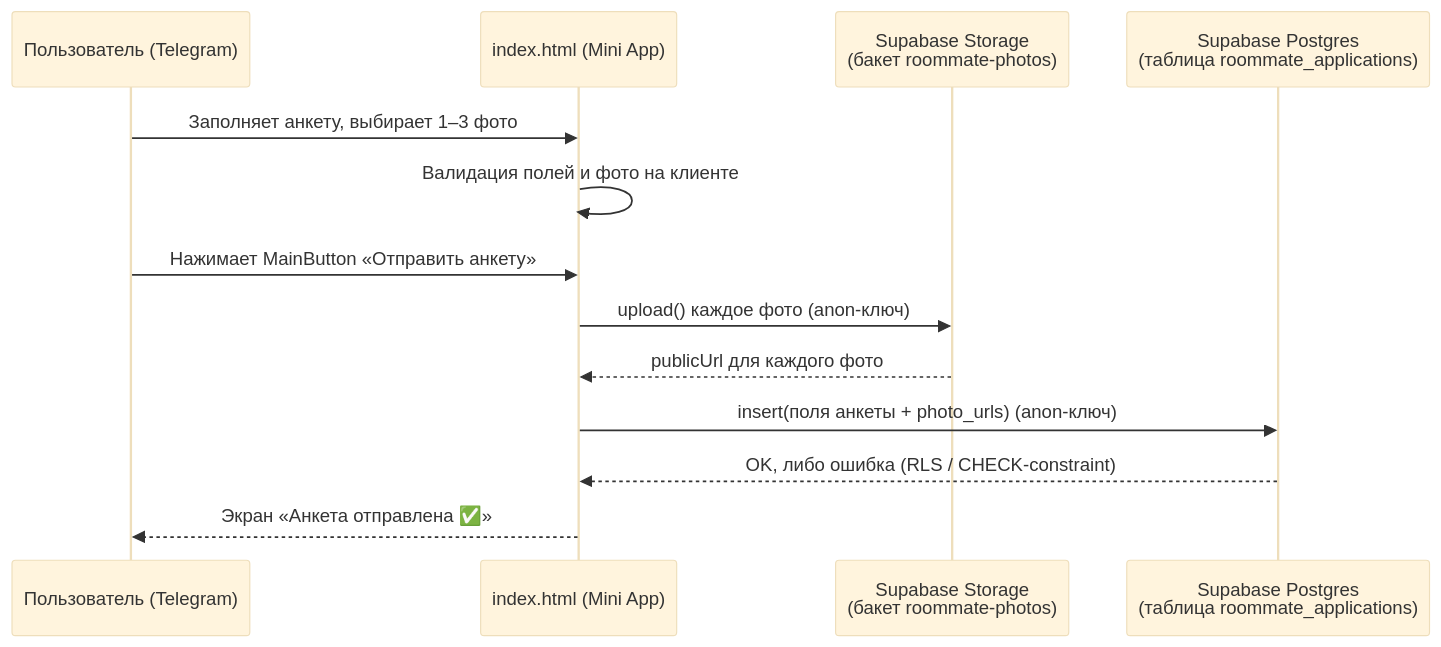
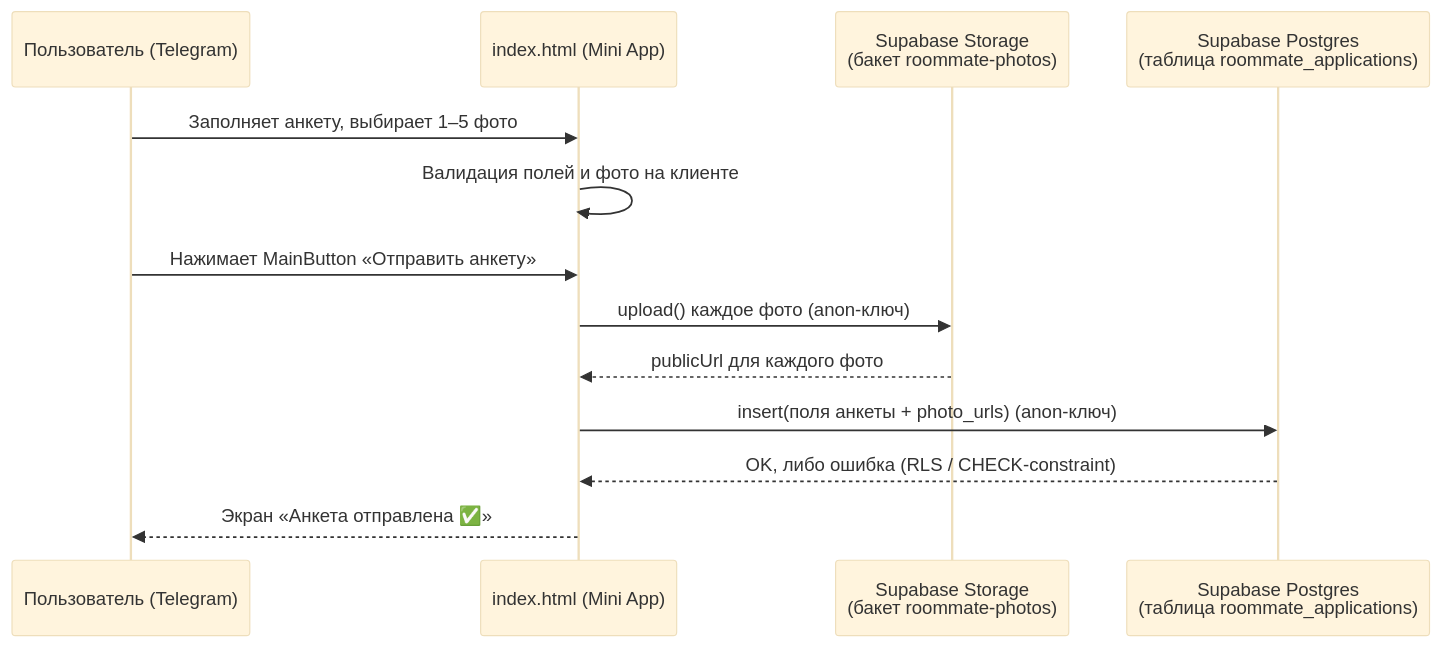
Before and after one commit to MrFl0x/TelApp: the first of 3 diagrams in README.md, drawn with Mermaid (base theme). The commit also changed other lines of this file and 5 other files, not shown here.

````diff
--- a/README.md
+++ b/README.md
@@ -19,16 +19,16 @@
 ```mermaid
 sequenceDiagram
     participant U as Пользователь (Telegram)
     participant App as index.html (Mini App)
     participant Storage as Supabase Storage<br/>(бакет roommate-photos)
     participant DB as Supabase Postgres<br/>(таблица roommate_applications)
 
-    U->>App: Заполняет анкету, выбирает 1–3 фото
+    U->>App: Заполняет анкету, выбирает 1–5 фото
     App->>App: Валидация полей и фото на клиенте
     U->>App: Нажимает MainButton «Отправить анкету»
     App->>Storage: upload() каждое фото (anon-ключ)
     Storage-->>App: publicUrl для каждого фото
     App->>DB: insert(поля анкеты + photo_urls) (anon-ключ)
     DB-->>App: OK, либо ошибка (RLS / CHECK-constraint)
     App-->>U: Экран «Анкета отправлена ✅»
 ```
````
